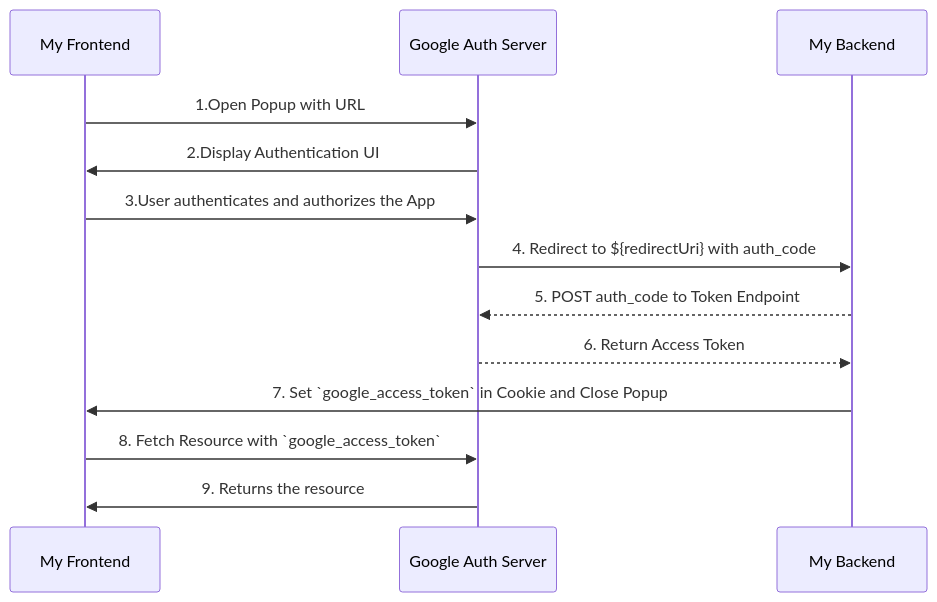
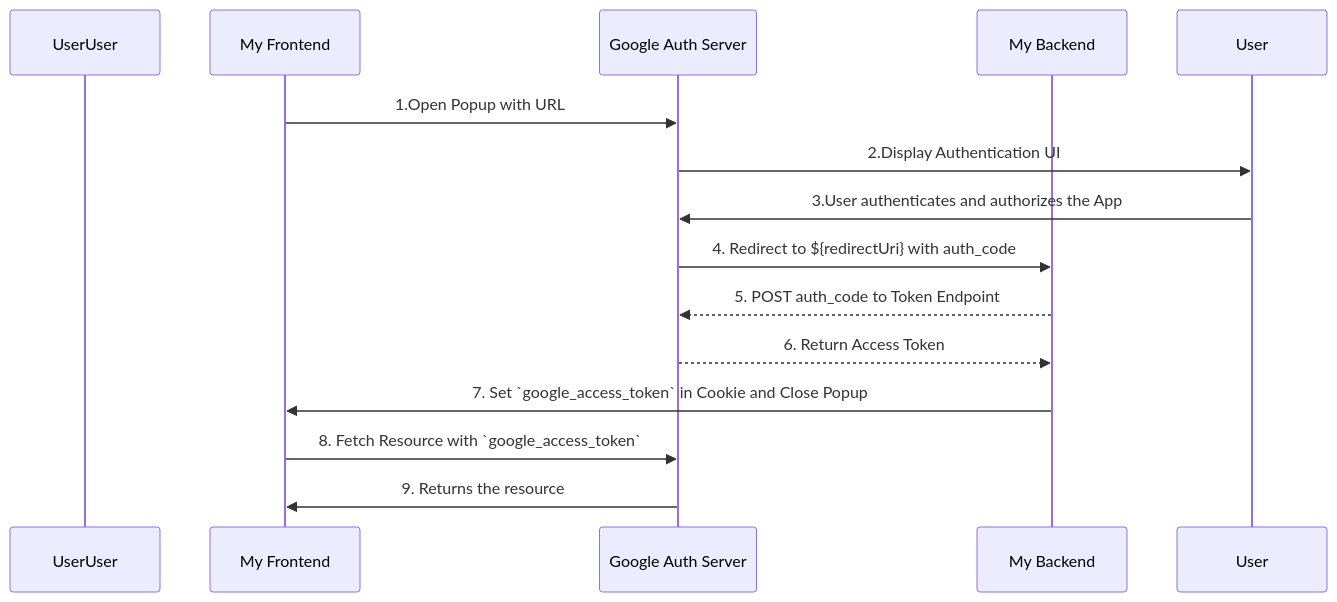
The diagram in README.md (asgarov1/oauth2-demo), drawn with Mermaid before and after one commit.

Commit message:
refactoring readme

````diff
--- a/README.md
+++ b/README.md
@@ -53,16 +53,17 @@
 ```mermaid
 sequenceDiagram
+    participant UserUser
     participant FE as My Frontend
     participant Google as Google Auth Server
     participant BE as My Backend
 
     FE->>Google: 1.Open Popup with URL
-    Google->>FE: 2.Display Authentication UI
-    FE->>Google: 3.User authenticates and authorizes the App
+    Google->>User: 2.Display Authentication UI
+    User->>Google: 3.User authenticates and authorizes the App
     Google->>BE: 4. Redirect to ${redirectUri} with auth_code
     BE-->>Google: 5. POST auth_code to Token Endpoint
     Google-->>BE: 6. Return Access Token
     BE->>FE: 7. Set `google_access_token` in Cookie and Close Popup
     FE->>Google: 8. Fetch Resource with `google_access_token`
     Google->>FE: 9. Returns the resource
 ```
````
